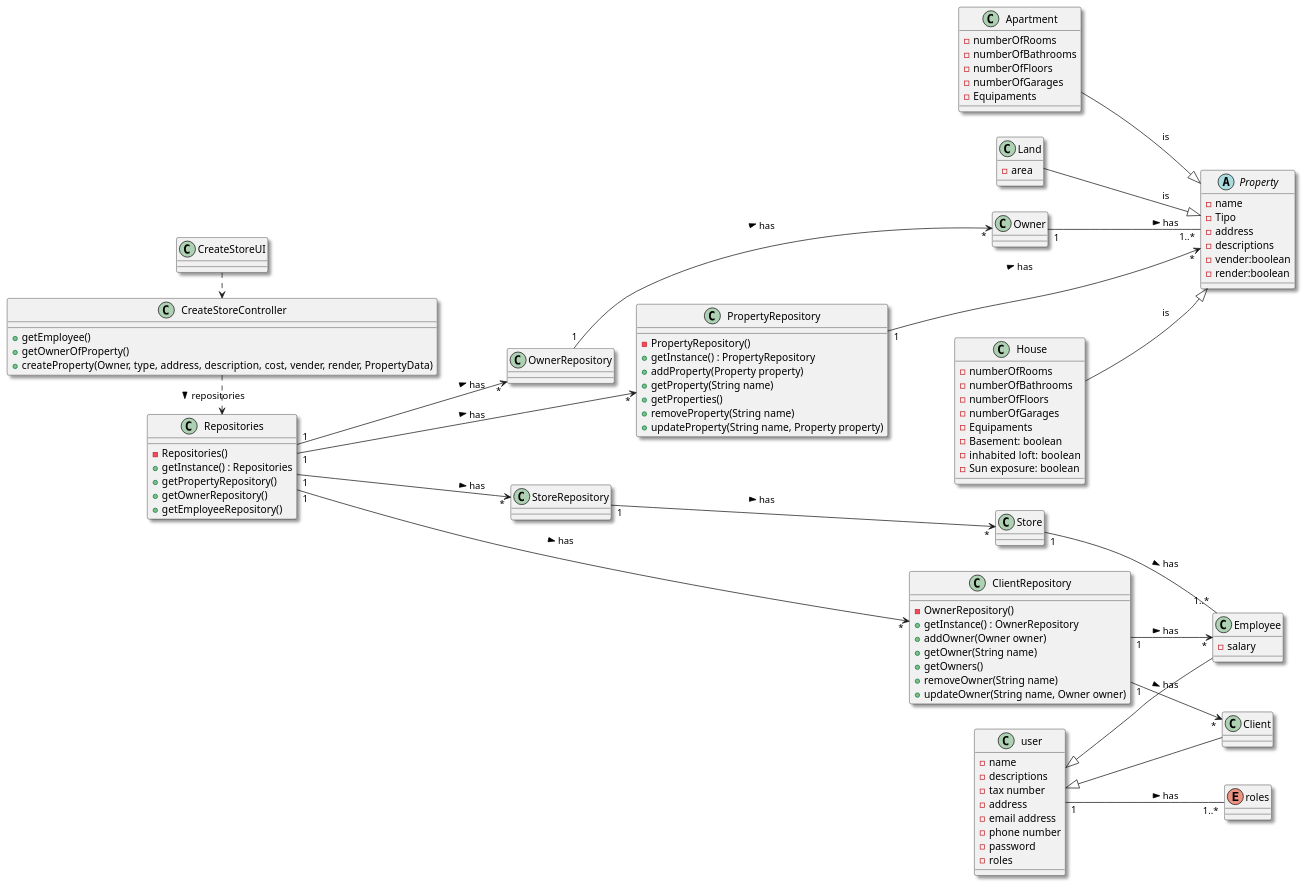
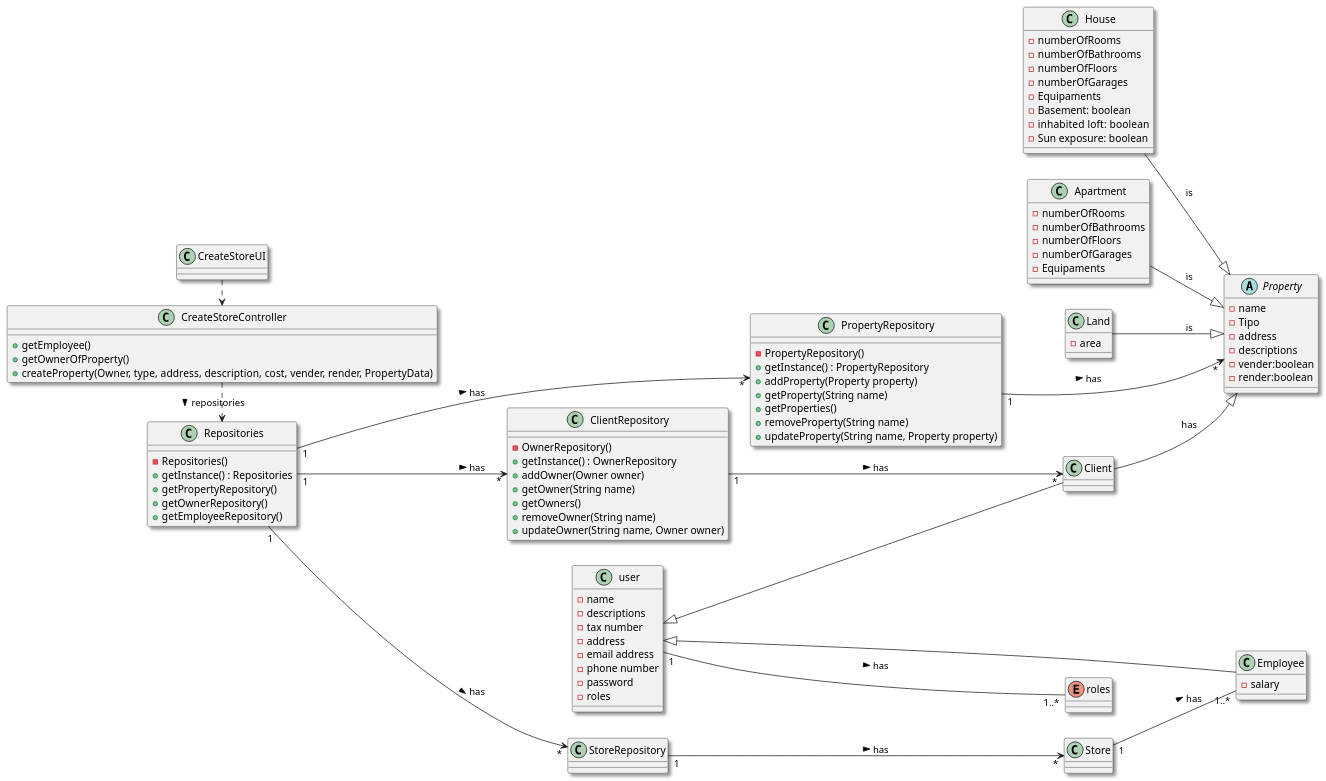
One commit to hugosilva2901/lei-22-s2-1DO-g68 changed the diagram in lei-22-s2-1do-g68/docs/SprintB/us004/03.design/puml/us004-class-diagram.puml. Above: the diagram before and after it, drawn with PlantUML. The commit also changed 1 other file, not shown here.

```diff
--- a/lei-22-s2-1do-g68/docs/SprintB/us004/03.design/puml/us004-class-diagram.puml
+++ b/lei-22-s2-1do-g68/docs/SprintB/us004/03.design/puml/us004-class-diagram.puml
@@ -1,125 +1,123 @@
 @startuml
 'https://plantuml.com/class-diagram
 skinparam monochrome false
 skinparam packageStyle rectangle
 skinparam shadowing true
 top to bottom direction
 left to right direction
 
 class CreateStoreUI{
 }
 
 class CreateStoreController{
    + getEmployee()
    + getOwnerOfProperty()
    + createProperty(Owner, type, address, description, cost, vender, render, PropertyData)
 }
 
 class user{
     - name
     - descriptions
     - tax number
     - address
     - email address
     - phone number
     - password
     - roles
 
 }
 
 enum roles{
 
 }
 
 class Client extends user{
 }
 
 class Employee extends user{
     -salary
 }
 
 abstract class Property {
     - name
     - Tipo
     - address
     - descriptions
     - vender:boolean
     - render:boolean
 }
 
 class Repositories {
     - Repositories()
     + getInstance() : Repositories
     + getPropertyRepository()
     + getOwnerRepository()
     + getEmployeeRepository()
 
 }
 
 class PropertyRepository {
     - PropertyRepository()
     + getInstance() : PropertyRepository
     + addProperty(Property property)
     + getProperty(String name)
     + getProperties()
     + removeProperty(String name)
     + updateProperty(String name, Property property)
 }
 
 class ClientRepository {
     - OwnerRepository()
     + getInstance() : OwnerRepository
     + addOwner(Owner owner)
     + getOwner(String name)
     + getOwners()
     + removeOwner(String name)
     + updateOwner(String name, Owner owner)
 }
 
 class StoreRepository{
 
 }
 
 class House{
     - numberOfRooms
     - numberOfBathrooms
     - numberOfFloors
     - numberOfGarages
     - Equipaments
     - Basement: boolean
     - inhabited  loft: boolean
     - Sun exposure: boolean
 }
+
 class Apartment{
     - numberOfRooms
     - numberOfBathrooms
     - numberOfFloors
     - numberOfGarages
     - Equipaments
 
 }
 class Land{
     - area
 }
 
 
 CreateStoreUI .> CreateStoreController
 CreateStoreController .> Repositories : repositories >
 Repositories "1" --> "*" PropertyRepository : has >
-Repositories "1" --> "*" OwnerRepository : has >
 Repositories "1" --> "*" ClientRepository : has >
 Repositories "1" --> "*" StoreRepository : has >
 PropertyRepository "1" --> "*" Property : has >
-OwnerRepository "1" --> "*" Owner : has >
-ClientRepository "1" --> "*" Employee : has >
 ClientRepository "1" --> "*" Client : has >
 StoreRepository "1" --> "*" Store : has >
 Store "1"--"1..*" Employee : has >
 user "1"--"1..*" roles : has >
-Owner "1"--"1..*" Property : has >
 House  --|>  Property  : is
 Apartment  --|>  Property : is
 Land  --|>  Property : is
+Client --|> Property : has
 
 
 @enduml
```
